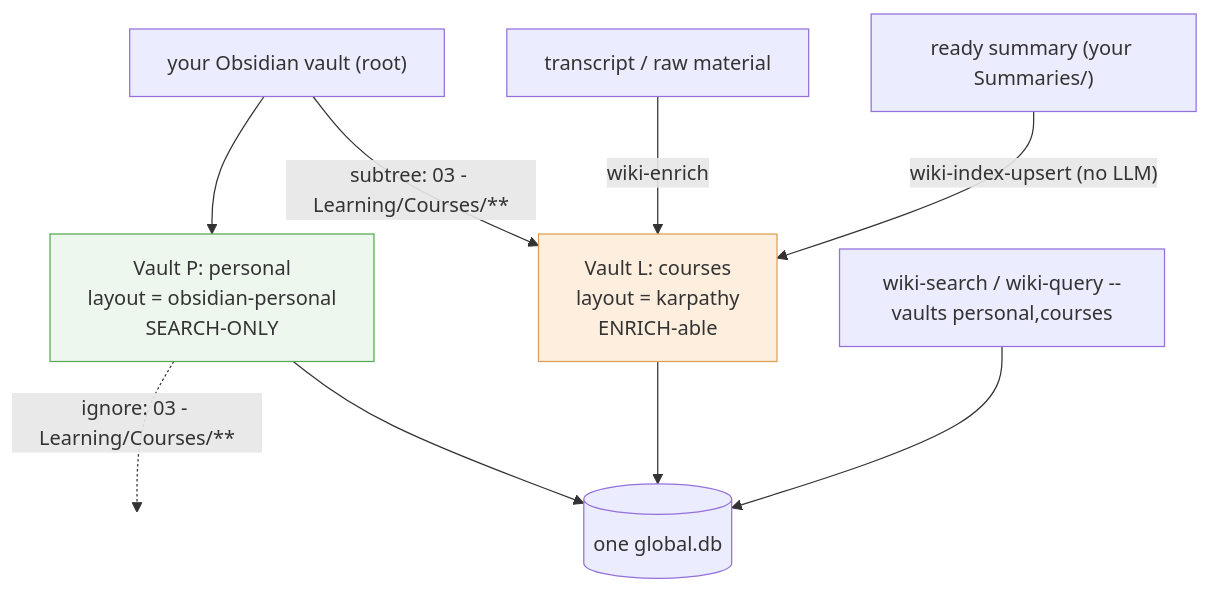
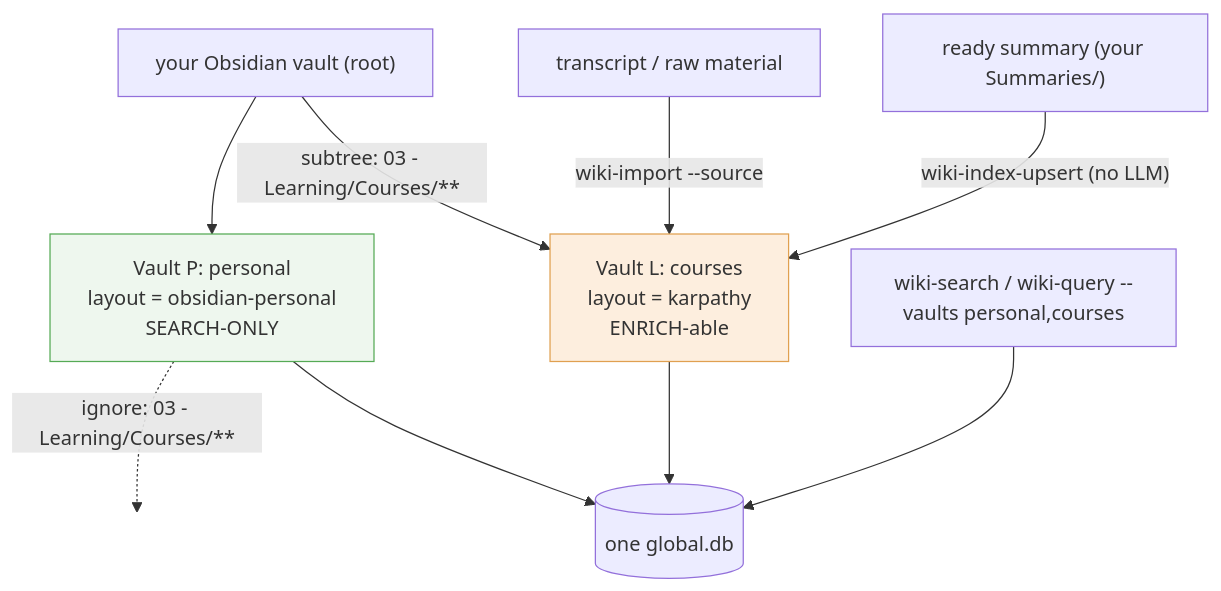
The fourth of 8 diagrams in docs/manuals/obsidian-llm-wiki_manual.md (MatrixFounder/llm-wiki), drawn with Mermaid before and after one commit. The commit also changed other lines of this file and 17 other files, not shown here.

First line of the commit message:
docs: de-vendor manuals/ROADMAP, archive pre-impl planning specs, refresh data-model infographic

````diff
--- a/docs/manuals/obsidian-llm-wiki_manual.md
+++ b/docs/manuals/obsidian-llm-wiki_manual.md
@@ -838,16 +840,16 @@
 ```mermaid
 flowchart TD
     OBS["your Obsidian vault (root)"] --> P["Vault P: personal<br/>layout = obsidian-personal<br/>SEARCH-ONLY"]
     OBS -->|"subtree: 03 - Learning/Courses/**"| L["Vault L: courses<br/>layout = karpathy<br/>ENRICH-able"]
     P -.->|"ignore: 03 - Learning/Courses/**"| X[" "]
-    RAW["transcript / raw material"] -->|"wiki-enrich"| L
+    RAW["transcript / raw material"] -->|"wiki-import --source"| L
     SUMM["ready summary (your Summaries/)"] -->|"wiki-index-upsert (no LLM)"| L
     Q["wiki-search / wiki-query --vaults personal,courses"] --> DB[("one global.db")]
     P --> DB
     L --> DB
     style X fill:none,stroke:none
     classDef so fill:#eef7ee,stroke:#5a5;
     classDef en fill:#fdeede,stroke:#e0a050;
     class P so;
     class L en;
 ```
````
